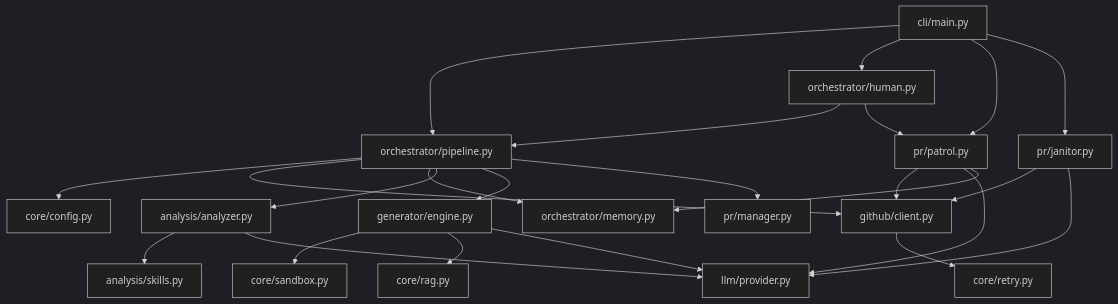
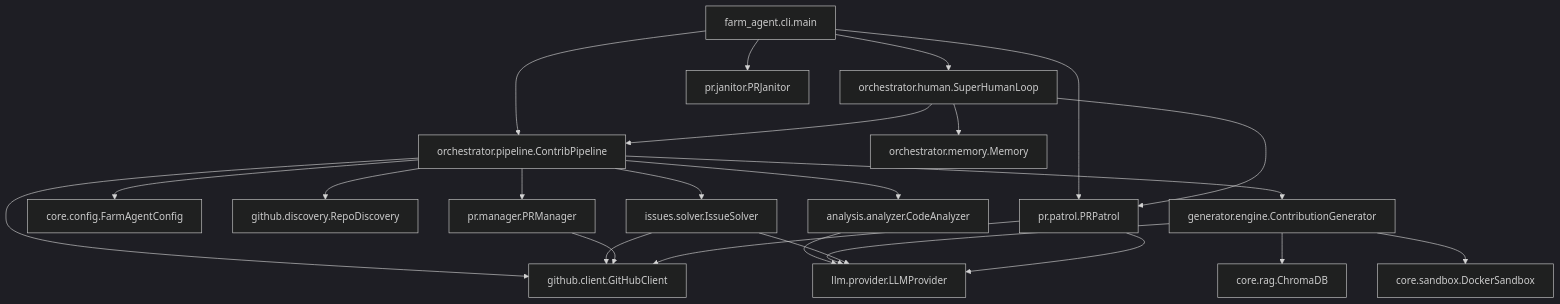
Before and after one commit to hieuit095/Agent-Farm: the diagram in PROJECT_MAP.md, drawn with Mermaid (dark theme). The commit also changed other lines of this file and 1 other file, not shown here.

First line of the commit message:
docs: update README and PROJECT_MAP to reflect v2.5.0 architecture

````diff
--- a/PROJECT_MAP.md
+++ b/PROJECT_MAP.md
@@ -86,33 +70,31 @@
 ```mermaid
 graph TD
-    CLI[cli/main.py] --> Orchestrator[orchestrator/pipeline.py]
-    CLI --> SuperHuman[orchestrator/human.py]
-    CLI --> PRPatrol[pr/patrol.py]
-    CLI --> PRJanitor[pr/janitor.py]
-
-    Orchestrator --> Config[core/config.py]
-    Orchestrator --> GitHub[github/client.py]
-    Orchestrator --> Memory[orchestrator/memory.py]
-    Orchestrator --> Analyzer[analysis/analyzer.py]
-    Orchestrator --> Generator[generator/engine.py]
-    Orchestrator --> PRManager[pr/manager.py]
-
-    Analyzer --> Skills[analysis/skills.py]
-    Analyzer --> LLM[llm/provider.py]
-
-    Generator --> Sandbox[core/sandbox.py]
-    Generator --> RAG[core/rag.py]
-    Generator --> LLM
+    CLI[farm_agent.cli.main] --> Orchestrator[orchestrator.pipeline.ContribPipeline]
+    CLI --> SuperHuman[orchestrator.human.SuperHumanLoop]
+    CLI --> Patrol[pr.patrol.PRPatrol]
+    CLI --> Janitor[pr.janitor.PRJanitor]
 
     SuperHuman --> Orchestrator
-    SuperHuman --> PRPatrol
+    SuperHuman --> Patrol
+    SuperHuman --> Memory[orchestrator.memory.Memory]
 
-    PRPatrol --> GitHub
-    PRPatrol --> LLM
-    PRPatrol --> Memory
+    Orchestrator --> Config[core.config.FarmAgentConfig]
+    Orchestrator --> GitHub[github.client.GitHubClient]
+    Orchestrator --> Discovery[github.discovery.RepoDiscovery]
+    Orchestrator --> Analyzer[analysis.analyzer.CodeAnalyzer]
+    Orchestrator --> Generator[generator.engine.ContributionGenerator]
+    Orchestrator --> IssueSolver[issues.solver.IssueSolver]
+    Orchestrator --> PRManager[pr.manager.PRManager]
 
-    PRJanitor --> GitHub
-    PRJanitor --> LLM
+    Analyzer --> LLM[llm.provider.LLMProvider]
+    Generator --> LLM
+    Generator --> RAG[core.rag.ChromaDB]
+    Generator --> Sandbox[core.sandbox.DockerSandbox]
 
-    GitHub --> Retry[core/retry.py]
+    IssueSolver --> LLM
+    IssueSolver --> GitHub
+
+    PRManager --> GitHub
+    Patrol --> GitHub
+    Patrol --> LLM
 ```
````
